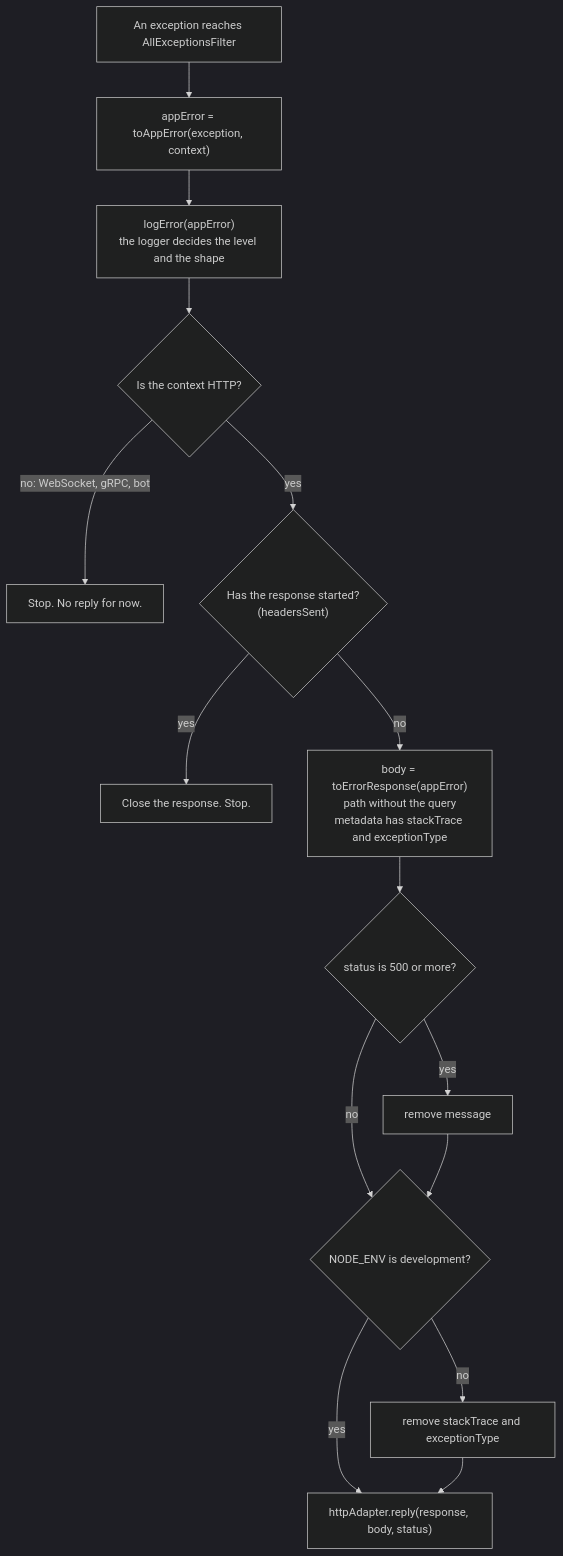
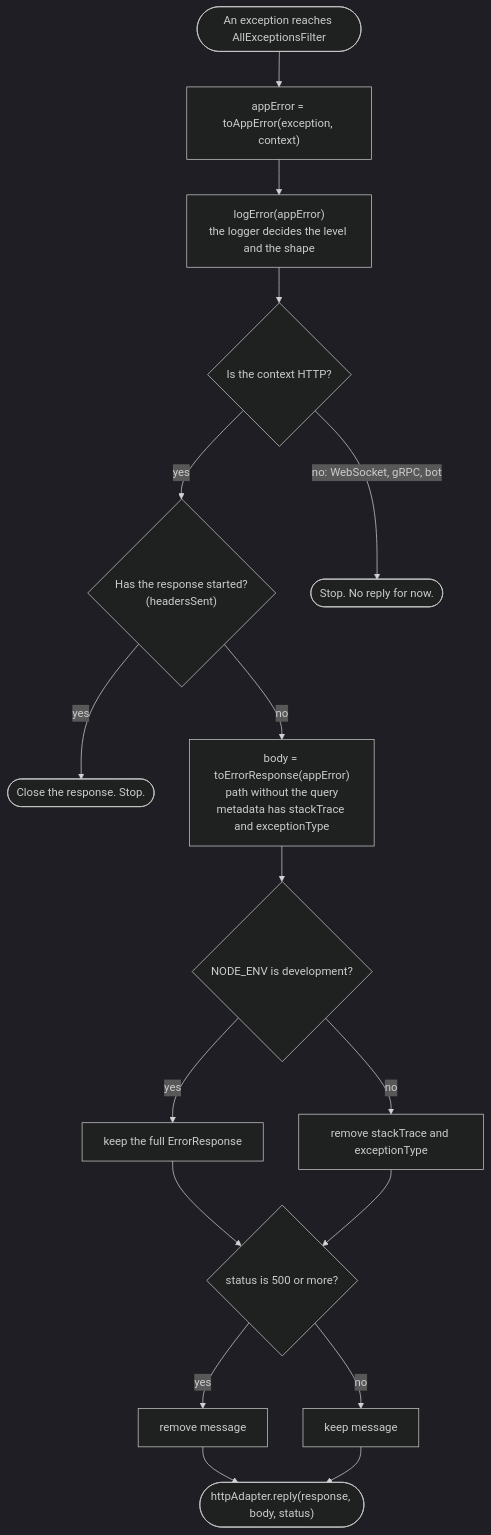
One commit to CyberBrainiac/job-search-automation-tool changed the fifth of 6 diagrams in docs/error-handling-improvements.md. Above: the diagram before and after it, drawn with Mermaid (dark theme). The commit also changed other lines of this file and 3 other files, not shown here.

First line of the commit message:
docs(openspec): fix the filter flowchart order and add the diagram rules

````diff
--- a/docs/error-handling-improvements.md
+++ b/docs/error-handling-improvements.md
@@ -318,17 +318,19 @@
 ```mermaid
 flowchart TD
-  A["An exception reaches AllExceptionsFilter"] --> B["appError = toAppError(exception, context)"]
+  A(["An exception reaches AllExceptionsFilter"]) --> B["appError = toAppError(exception, context)"]
   B --> C["logError(appError)<br/>the logger decides the level and the shape"]
   C --> D{"Is the context HTTP?"}
-  D -- "no: WebSocket, gRPC, bot" --> X["Stop. No reply for now."]
   D -- "yes" --> E{"Has the response started?<br/>(headersSent)"}
-  E -- "yes" --> Y["Close the response. Stop."]
+  D -- "no: WebSocket, gRPC, bot" --> X(["Stop. No reply for now."])
+  E -- "yes" --> Y(["Close the response. Stop."])
   E -- "no" --> G["body = toErrorResponse(appError)<br/>path without the query<br/>metadata has stackTrace and exceptionType"]
-  G --> H{"status is 500 or more?"}
+  G --> J{"NODE_ENV is development?"}
+  J -- "yes" --> J1["keep the full ErrorResponse"]
+  J -- "no" --> K["remove stackTrace and exceptionType"]
+  J1 --> H{"status is 500 or more?"}
+  K --> H
   H -- "yes" --> I["remove message"]
-  H -- "no" --> J{"NODE_ENV is development?"}
-  I --> J
-  J -- "no" --> K["remove stackTrace and exceptionType"]
-  J -- "yes" --> L["httpAdapter.reply(response, body, status)"]
-  K --> L
+  H -- "no" --> H1["keep message"]
+  I --> L(["httpAdapter.reply(response, body, status)"])
+  H1 --> L
 ```
````
